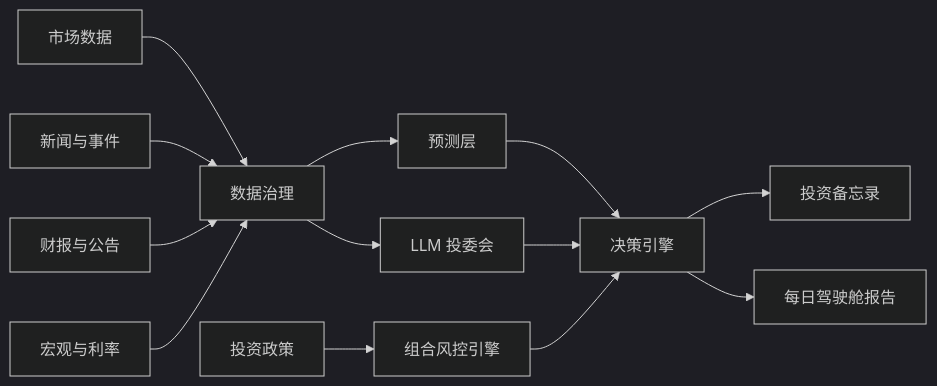
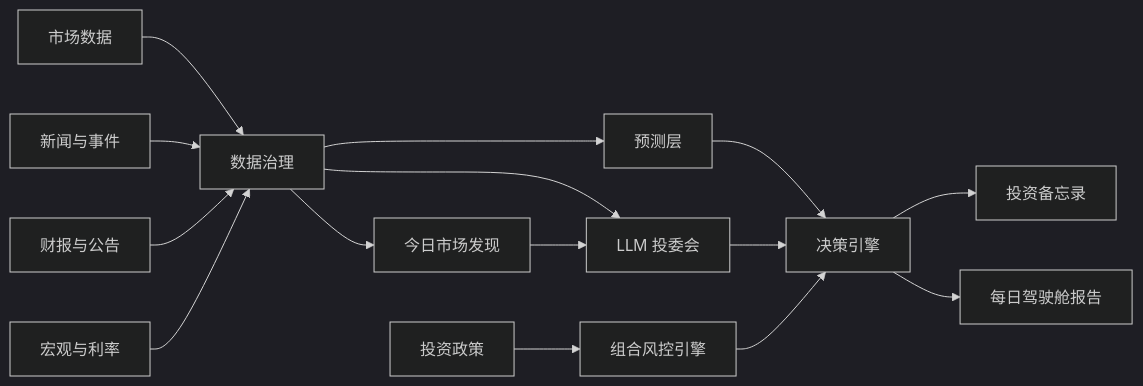
Before and after one commit to Fankouzu/LycheeAlphaDesk: the diagram in README.zh-CN.md, drawn with Mermaid (dark theme). The commit also changed other lines of this file and 4 other files, not shown here.

````diff
--- a/README.zh-CN.md
+++ b/README.zh-CN.md
@@ -117,15 +142,17 @@
 ```mermaid
 flowchart LR
   Policy[投资政策] --> Risk[组合风控引擎]
   Market[市场数据] --> Data[数据治理]
   News[新闻与事件] --> Data
   Filings[财报与公告] --> Data
   Macro[宏观与利率] --> Data
+  Data --> Discovery[今日市场发现]
   Data --> Forecast[预测层]
   Data --> Committee[LLM 投委会]
+  Discovery --> Committee
   Forecast --> Decision[决策引擎]
   Committee --> Decision
   Risk --> Decision
   Decision --> Memo[投资备忘录]
   Decision --> Report[每日驾驶舱报告]
 ```
````
